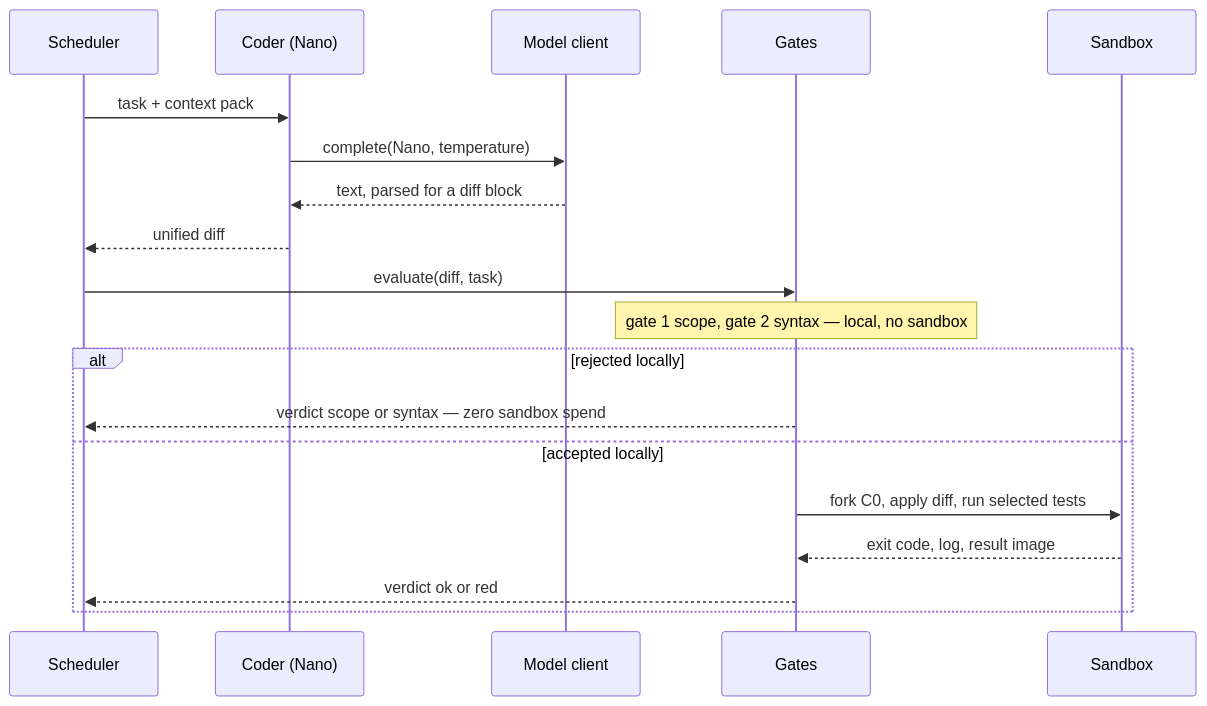
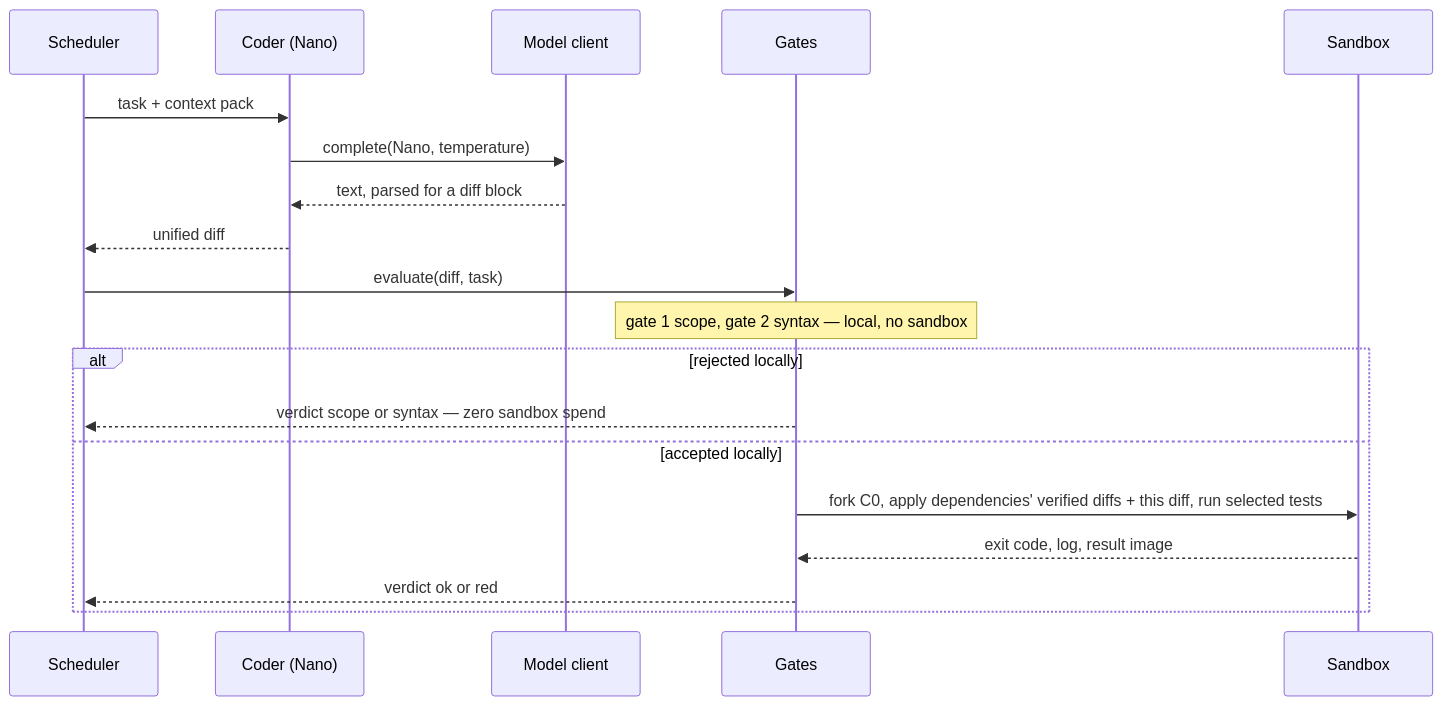
Before and after one commit to BugHunterX2101/AMTDRS: the fifth of 5 diagrams in README.md, drawn with Mermaid. The commit also changed other lines of this file and 16 other files, not shown here.

First line of the commit message:
Test each task with its dependencies' verified diffs; tolerate blank-line slips in hunk context

````diff
--- a/README.md
+++ b/README.md
@@ -329,22 +347,22 @@
 ```mermaid
 sequenceDiagram
     participant S as Scheduler
     participant C as Coder (Nano)
     participant M as Model client
     participant GA as Gates
     participant SB as Sandbox
 
     S->>C: task + context pack
     C->>M: complete(Nano, temperature)
     M-->>C: text, parsed for a diff block
     C-->>S: unified diff
     S->>GA: evaluate(diff, task)
     Note over GA: gate 1 scope, gate 2 syntax — local, no sandbox
     alt rejected locally
         GA-->>S: verdict scope or syntax — zero sandbox spend
     else accepted locally
-        GA->>SB: fork C0, apply diff, run selected tests
+        GA->>SB: fork C0, apply dependencies' verified diffs + this diff, run selected tests
         SB-->>GA: exit code, log, result image
         GA-->>S: verdict ok or red
     end
 ```
````
